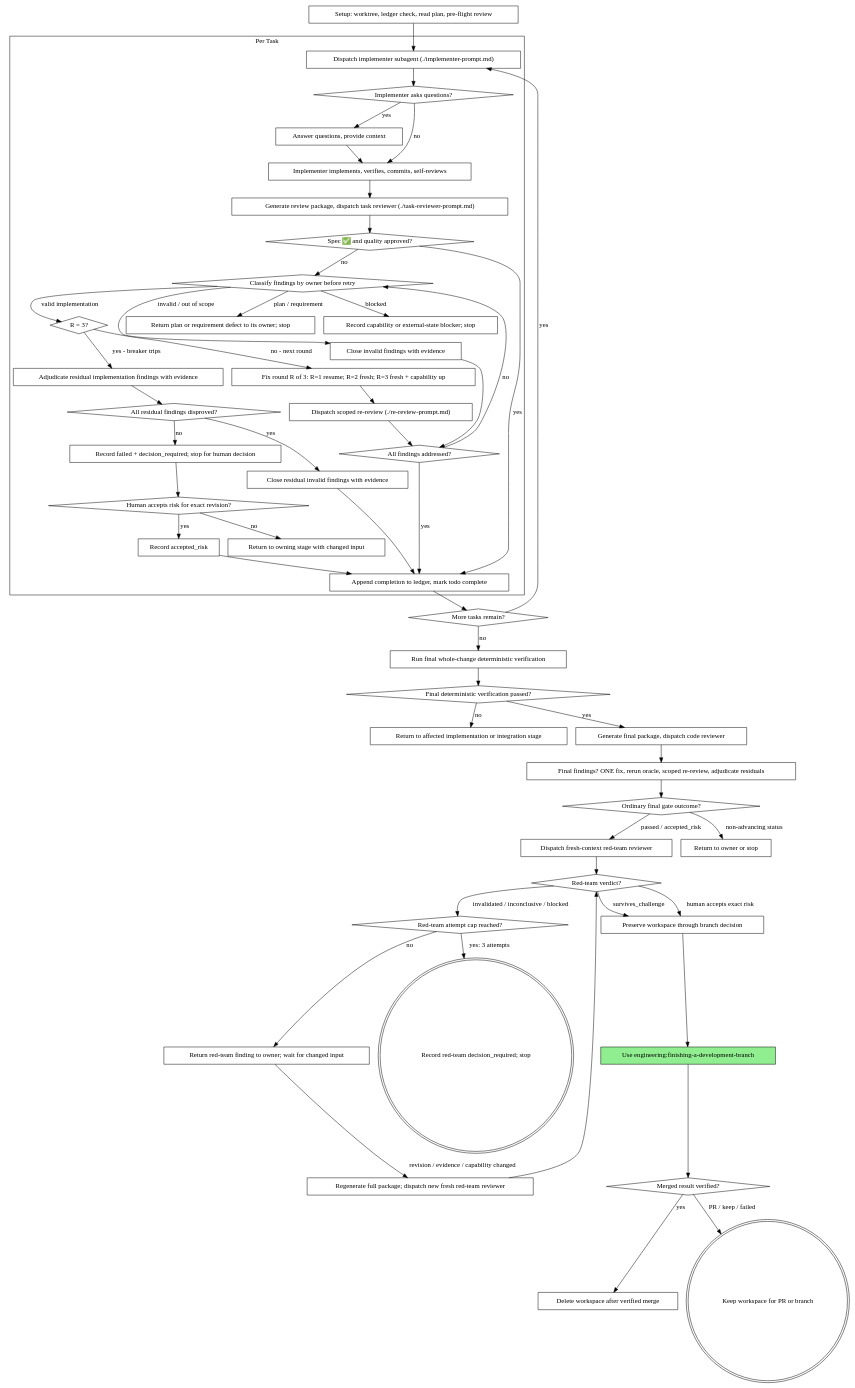
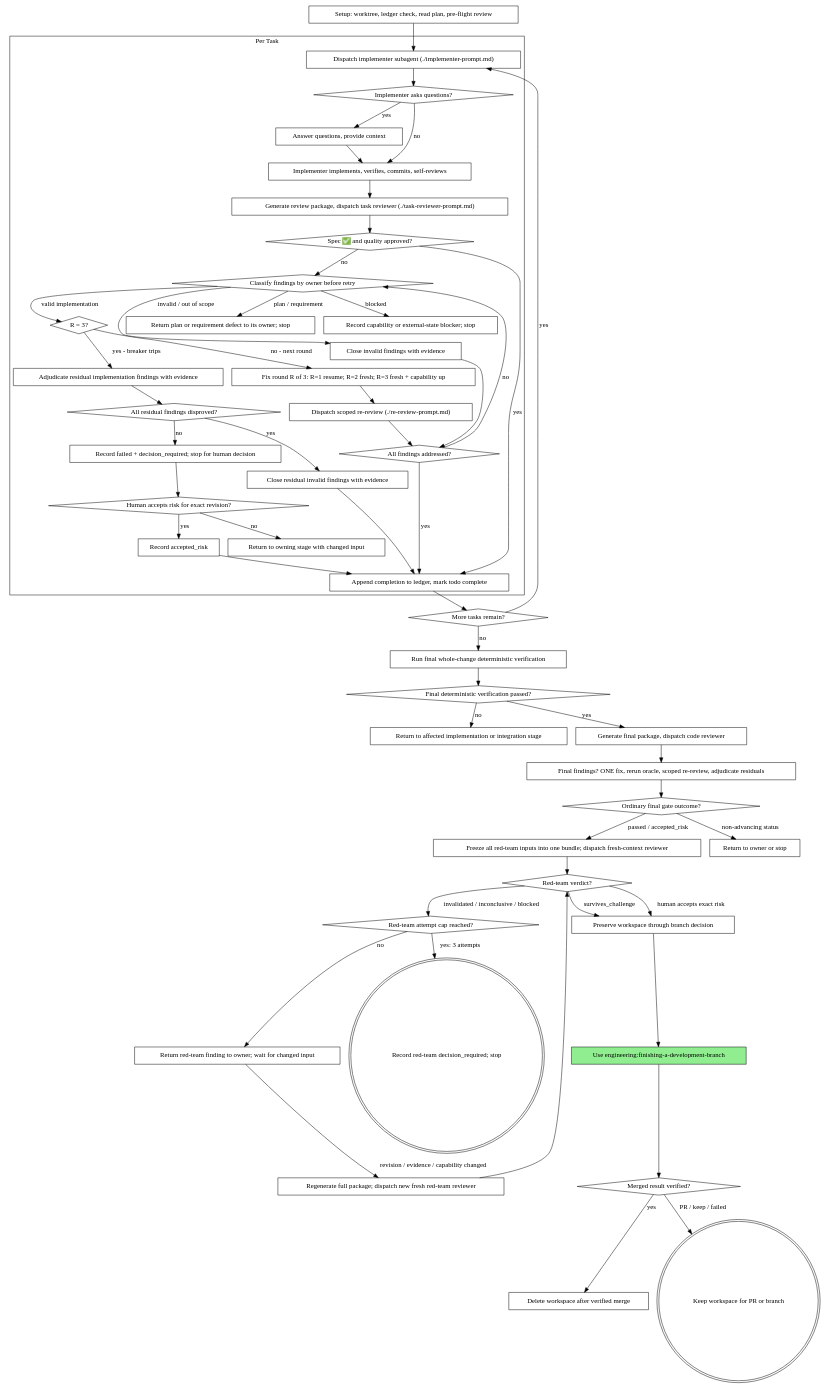
One commit to sonsu-lee/sonsu-marketplace changed the second of 2 diagrams in plugins/engineering/skills/subagent-driven-development/SKILL.md. Above: the diagram before and after it, drawn with Graphviz. The commit also changed other lines of this file and 12 other files, not shown here.

Commit message:
fix(engineering): freeze complete review inputs

```diff
--- a/plugins/engineering/skills/subagent-driven-development/SKILL.md
+++ b/plugins/engineering/skills/subagent-driven-development/SKILL.md
@@ -99,7 +99,7 @@
     "Generate final package, dispatch code reviewer" [shape=box];
     "Final findings? ONE fix, rerun oracle, scoped re-review, adjudicate residuals" [shape=box];
     "Ordinary final gate outcome?" [shape=diamond];
-    "Dispatch fresh-context red-team reviewer" [shape=box];
+    "Freeze all red-team inputs into one bundle; dispatch fresh-context reviewer" [shape=box];
     "Red-team verdict?" [shape=diamond];
     "Red-team attempt cap reached?" [shape=diamond];
     "Return red-team finding to owner; wait for changed input" [shape=box];
@@ -148,9 +148,9 @@
     "Final deterministic verification passed?" -> "Generate final package, dispatch code reviewer" [label="yes"];
     "Generate final package, dispatch code reviewer" -> "Final findings? ONE fix, rerun oracle, scoped re-review, adjudicate residuals";
     "Final findings? ONE fix, rerun oracle, scoped re-review, adjudicate residuals" -> "Ordinary final gate outcome?";
-    "Ordinary final gate outcome?" -> "Dispatch fresh-context red-team reviewer" [label="passed / accepted_risk"];
+    "Ordinary final gate outcome?" -> "Freeze all red-team inputs into one bundle; dispatch fresh-context reviewer" [label="passed / accepted_risk"];
     "Ordinary final gate outcome?" -> "Return to owner or stop" [label="non-advancing status"];
-    "Dispatch fresh-context red-team reviewer" -> "Red-team verdict?";
+    "Freeze all red-team inputs into one bundle; dispatch fresh-context reviewer" -> "Red-team verdict?";
     "Red-team verdict?" -> "Preserve workspace through branch decision" [label="survives_challenge"];
     "Red-team verdict?" -> "Preserve workspace through branch decision" [label="human accepts exact risk"];
     "Red-team verdict?" -> "Red-team attempt cap reached?" [label="invalidated / inconclusive / blocked"];
```
